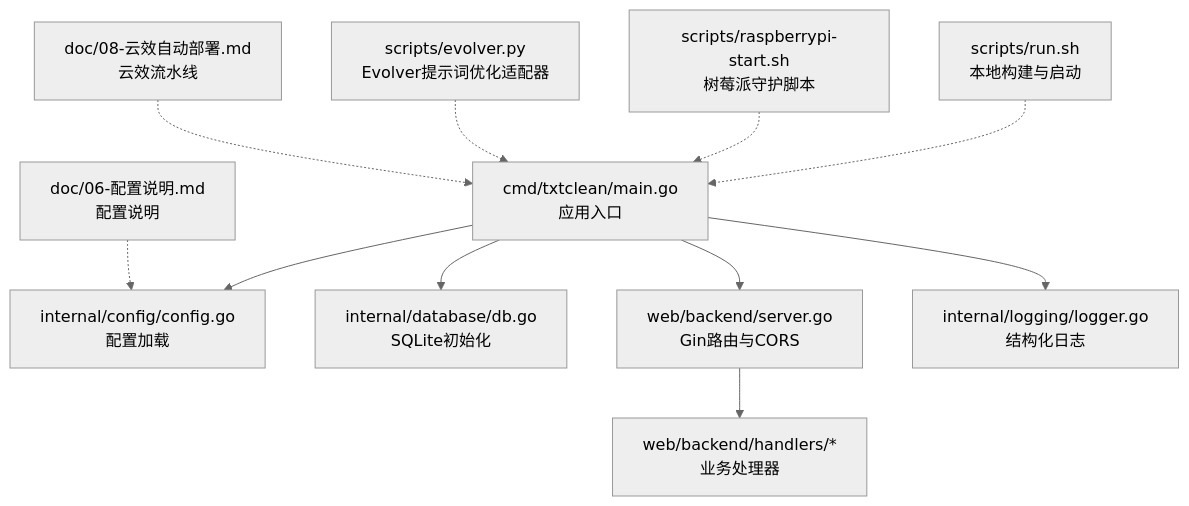
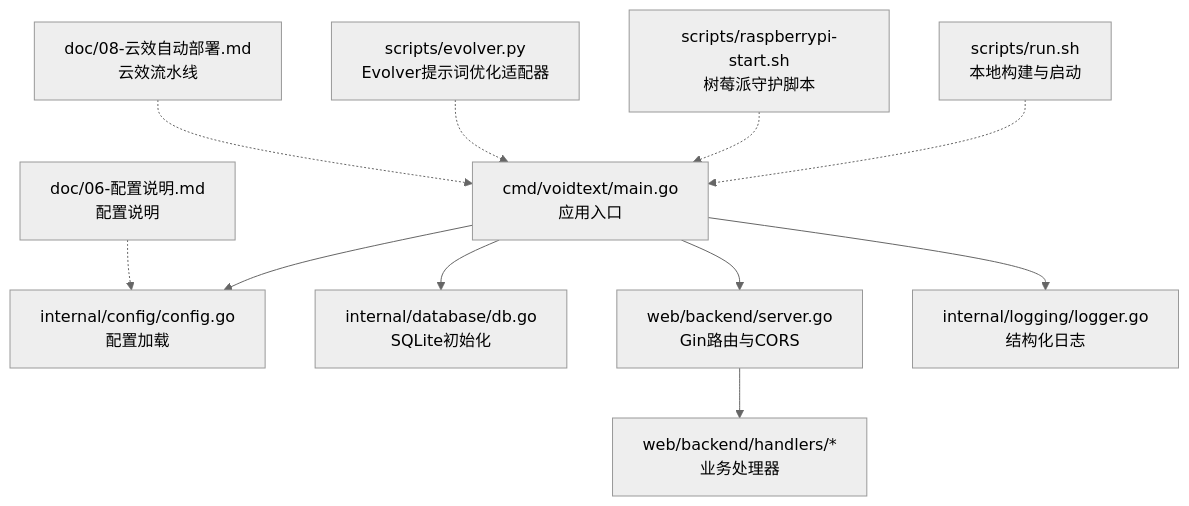
Before and after one commit to handy-h/VoidText: the first of 10 diagrams in repowikis/部署和运维/部署和运维.md, drawn with Mermaid (neutral theme). The commit also changed other lines of this file and 101 other files, not shown here.

````diff
--- a/repowikis/部署和运维/部署和运维.md
+++ b/repowikis/部署和运维/部署和运维.md
@@ -38,13 +38,13 @@
 ```mermaid
 graph TB
-A["cmd/txtclean/main.go<br/>应用入口"] --> B["internal/config/config.go<br/>配置加载"]
+A["cmd/voidtext/main.go<br/>应用入口"] --> B["internal/config/config.go<br/>配置加载"]
 A --> C["internal/database/db.go<br/>SQLite初始化"]
 A --> D["web/backend/server.go<br/>Gin路由与CORS"]
 D --> E["web/backend/handlers/*<br/>业务处理器"]
 A --> F["internal/logging/logger.go<br/>结构化日志"]
 G["scripts/run.sh<br/>本地构建与启动"] -.-> A
 H["scripts/raspberrypi-start.sh<br/>树莓派守护脚本"] -.-> A
 I["scripts/evolver.py<br/>Evolver提示词优化适配器"] -.-> A
 J["doc/06-配置说明.md<br/>配置说明"] -.-> B
 K["doc/08-云效自动部署.md<br/>云效流水线"] -.-> A
 ```
````
